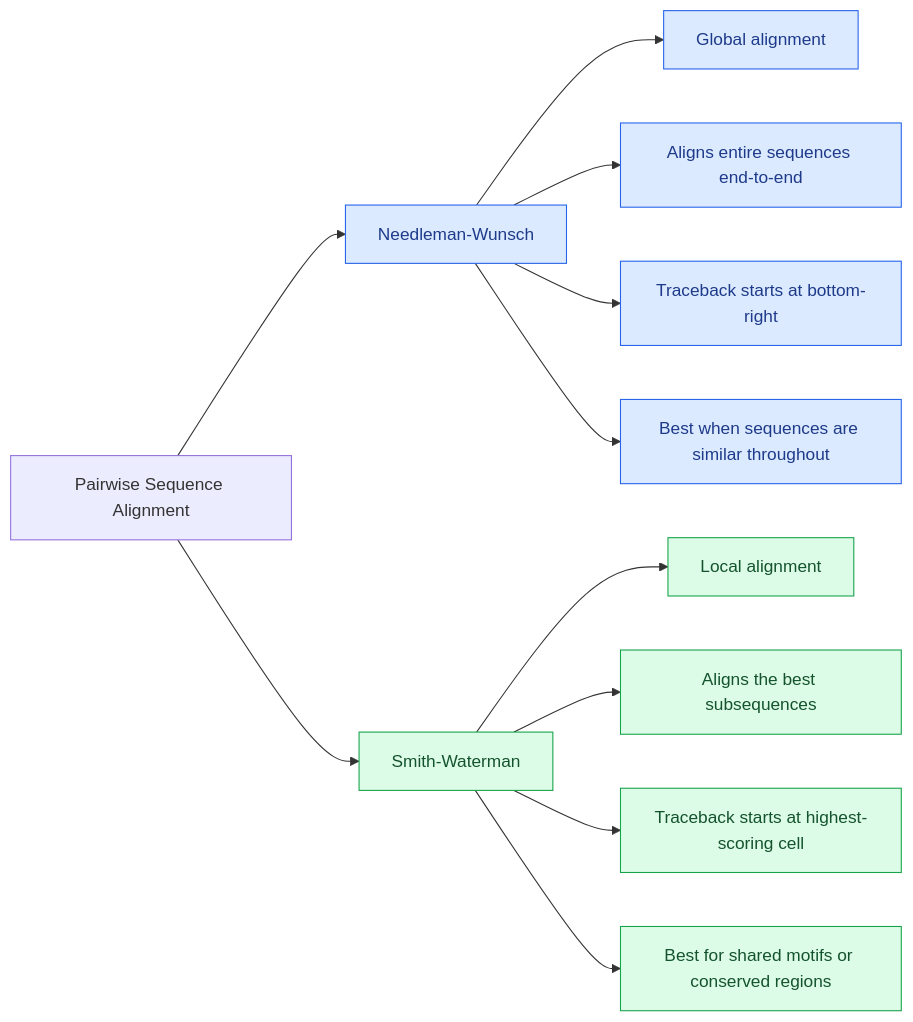
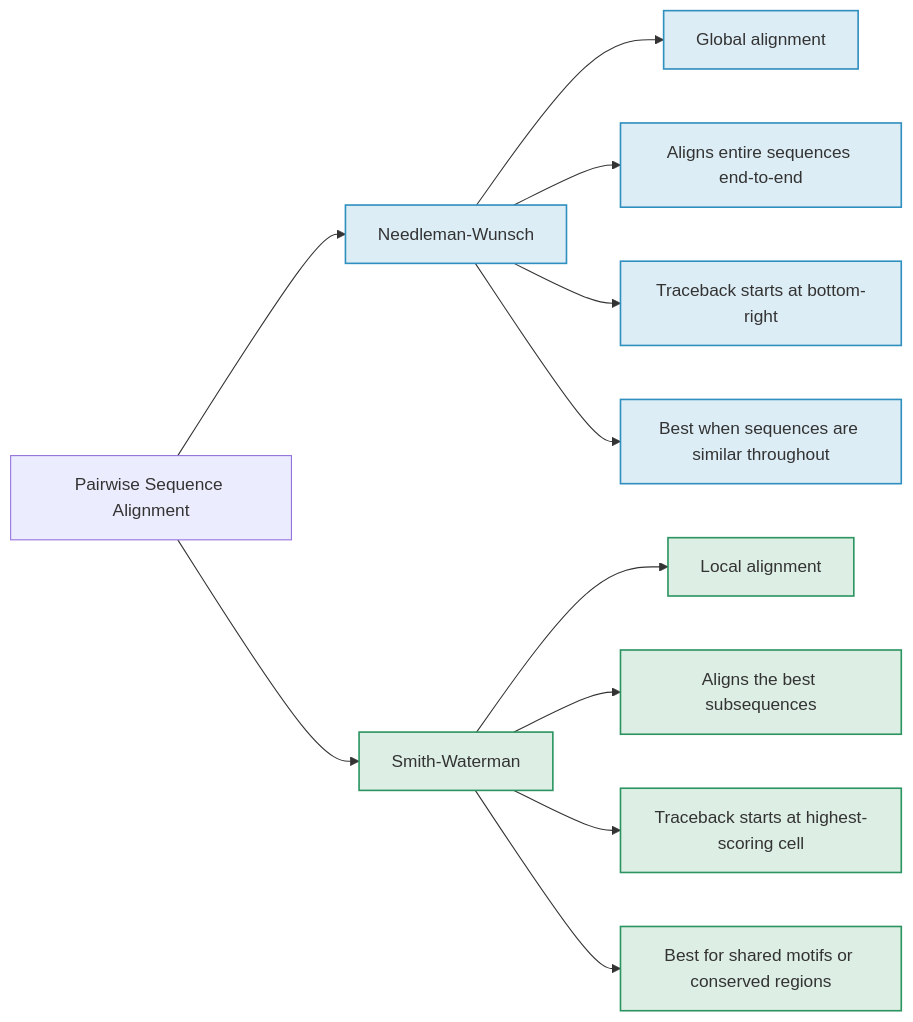
One commit to Lucas04-nhr/lucas04-nhr.github.io changed the diagram in docs/blog/bsa-pairwise-alignment.md. Above: the diagram before and after it, drawn with Mermaid. The commit also changed 9 other files, not shown here.

First line of the commit message:
Move article figures to the design-system chart palette

````diff
--- a/docs/blog/bsa-pairwise-alignment.md
+++ b/docs/blog/bsa-pairwise-alignment.md
@@ -119,20 +119,20 @@
 ```mermaid
 flowchart LR
   A[Pairwise Sequence Alignment] --> NW[Needleman-Wunsch]
   A --> SW[Smith-Waterman]
 
   NW --> NW1[Global alignment]
   NW --> NW2[Aligns entire sequences end-to-end]
   NW --> NW3[Traceback starts at bottom-right]
   NW --> NW4[Best when sequences are similar throughout]
 
   SW --> SW1[Local alignment]
   SW --> SW2[Aligns the best subsequences]
   SW --> SW3[Traceback starts at highest-scoring cell]
   SW --> SW4[Best for shared motifs or conserved regions]
 
-  classDef global fill:#dbeafe,stroke:#2563eb,color:#1e3a8a;
-  classDef local fill:#dcfce7,stroke:#16a34a,color:#14532d;
+  classDef global fill:#2f8fbf29,stroke:#2f8fbf,stroke-width:1.5px;
+  classDef local fill:#2b946029,stroke:#2b9460,stroke-width:1.5px;
   class NW,NW1,NW2,NW3,NW4 global;
   class SW,SW1,SW2,SW3,SW4 local;
 ```
````
